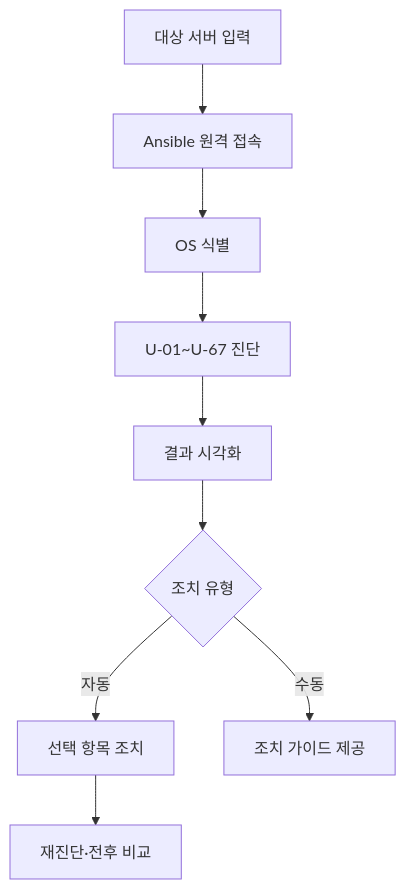
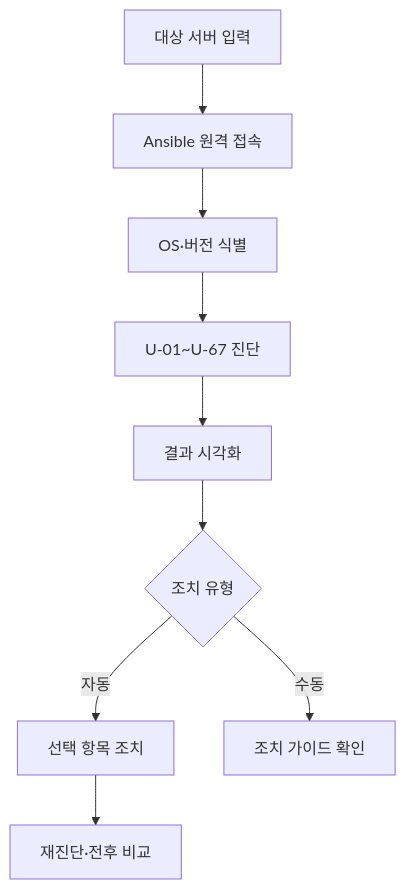
The first of 2 diagrams in README.md (hyuni2/linux-security-automation), drawn with Mermaid before and after one commit. The commit also changed other lines of this file, not shown here.

````diff
--- a/README.md
+++ b/README.md
@@ -31,11 +145,11 @@
 ```mermaid
 flowchart TD
     A["대상 서버 입력"] --> B["Ansible 원격 접속"]
-    B --> C["OS 식별"]
+    B --> C["OS·버전 식별"]
     C --> D["U-01~U-67 진단"]
     D --> E["결과 시각화"]
     E --> F{"조치 유형"}
     F -->|자동| G["선택 항목 조치"]
-    F -->|수동| H["조치 가이드 제공"]
+    F -->|수동| H["조치 가이드 확인"]
     G --> I["재진단·전후 비교"]
 ```
````
